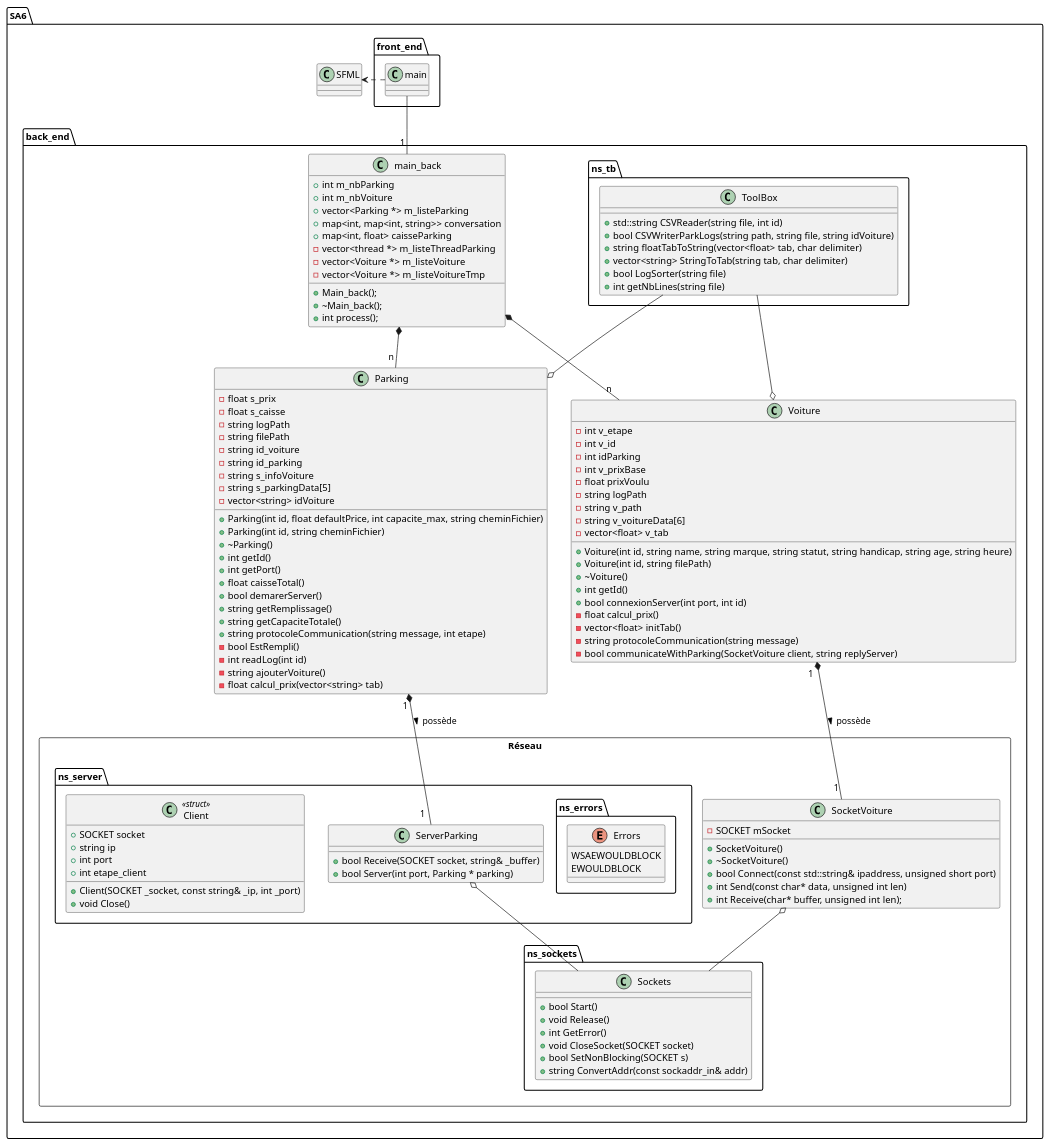
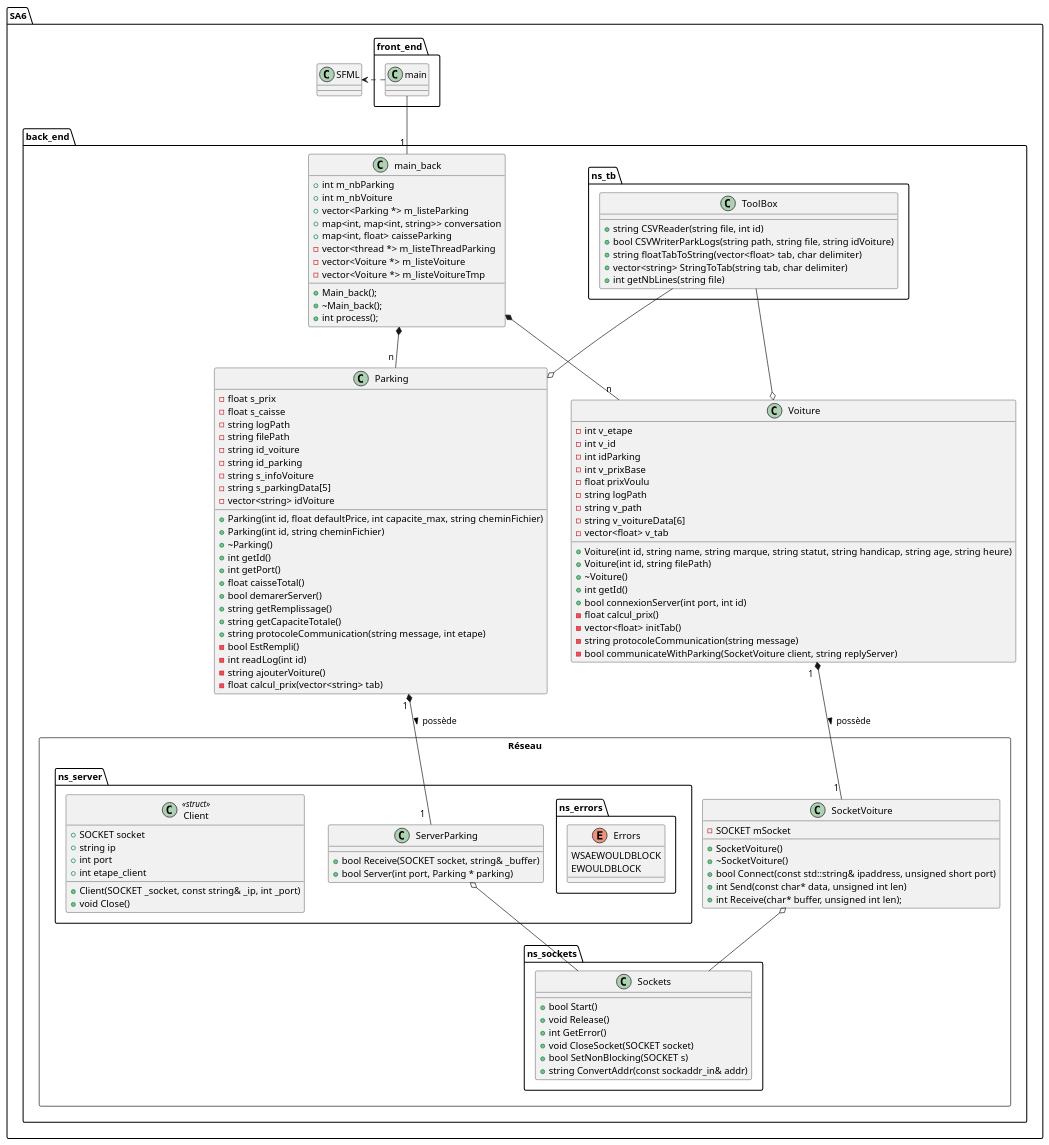
The diagram in SA6/doc/uml.plantuml (KevinFroissart/SA6_CarPark_AI), drawn with PlantUML before and after one commit. The commit also changed 21 other files, not shown here.

```diff
--- a/SA6/doc/uml.plantuml
+++ b/SA6/doc/uml.plantuml
@@ -1,156 +1,155 @@
 @startuml SA6_uml
 
 package SA6 {
 
     package front_end {
         class main {}
     }
 
     class SFML {}
 
     package back_end {
 
         class main_back {
             + int m_nbParking
             + int m_nbVoiture
             + vector<Parking *> m_listeParking
             + map<int, map<int, string>> conversation
             + map<int, float> caisseParking
             - vector<thread *> m_listeThreadParking
             - vector<Voiture *> m_listeVoiture
             - vector<Voiture *> m_listeVoitureTmp
 
             + Main_back();
             + ~Main_back();
             + int process();
         }
 
         package ns_tb {
             class ToolBox {
-                + std::string CSVReader(string file, int id)
+                + string CSVReader(string file, int id)
                 + bool CSVWriterParkLogs(string path, string file, string idVoiture)
                 + string floatTabToString(vector<float> tab, char delimiter)
                 + vector<string> StringToTab(string tab, char delimiter)
-                + bool LogSorter(string file)
                 + int getNbLines(string file)
             }
         }
         
         class Parking {
             - float s_prix
             - float s_caisse
             - string logPath
             - string filePath
             - string id_voiture
             - string id_parking
             - string s_infoVoiture
             - string s_parkingData[5]
             - vector<string> idVoiture
 
             + Parking(int id, float defaultPrice, int capacite_max, string cheminFichier)
             + Parking(int id, string cheminFichier)
             + ~Parking()
             + int getId()
             + int getPort()
             + float caisseTotal()
             + bool demarerServer()
             + string getRemplissage()
             + string getCapaciteTotale()
             + string protocoleCommunication(string message, int etape)
             - bool EstRempli()
             - int readLog(int id)
             - string ajouterVoiture()
             - float calcul_prix(vector<string> tab)
         }
 
         Class Voiture {
             - int v_etape
             - int v_id
             - int idParking
             - int v_prixBase
             - float prixVoulu
             - string logPath
             - string v_path
             - string v_voitureData[6]
             - vector<float> v_tab
 
             + Voiture(int id, string name, string marque, string statut, string handicap, string age, string heure)
             + Voiture(int id, string filePath)
             + ~Voiture()
             + int getId()
             + bool connexionServer(int port, int id)
             - float calcul_prix()
             - vector<float> initTab()
             - string protocoleCommunication(string message)
             - bool communicateWithParking(SocketVoiture client, string replyServer)
         }
 
         package Réseau <<Rectangle>> {
 
             package ns_server {
                 Class ServerParking {
                     + bool Receive(SOCKET socket, string& _buffer)
                     + bool Server(int port, Parking * parking)
                 }
 
                 package ns_errors {
                     enum Errors {
                         WSAEWOULDBLOCK
                         EWOULDBLOCK
                     }
                 }
 
                 Class Client << struct >> {
                     + SOCKET socket
                     + string ip
                     + int port
                     + int etape_client
 
                     + Client(SOCKET _socket, const string& _ip, int _port)
                     + void Close()
                 }
             }
 
             Class SocketVoiture {
                 - SOCKET mSocket
 
                 + SocketVoiture()
                 + ~SocketVoiture()
                 + bool Connect(const std::string& ipaddress, unsigned short port)
                 + int Send(const char* data, unsigned int len)
                 + int Receive(char* buffer, unsigned int len);	
             }
 
             package ns_sockets{
 
                 Class Sockets {
 
                     + bool Start()
                     + void Release()
                     + int GetError()
                     + void CloseSocket(SOCKET socket)
                     + bool SetNonBlocking(SOCKET s)
                     + string ConvertAddr(const sockaddr_in& addr)    
                 }
             }
         }
     }
 }
 
 main .right.> SFML
 main -down-  "1 " main_back
 
 main_back *-- "n" Voiture
 main_back *-- "n " Parking
 
 ToolBox --o Voiture
 ToolBox --o Parking
 
 Parking "1 " *-- "1  " ServerParking : > possède
 Voiture "1  " *-- "1 " SocketVoiture : possède >
 
 SocketVoiture o-- Sockets
 ServerParking o-- Sockets
 
 
 @enduml
```
